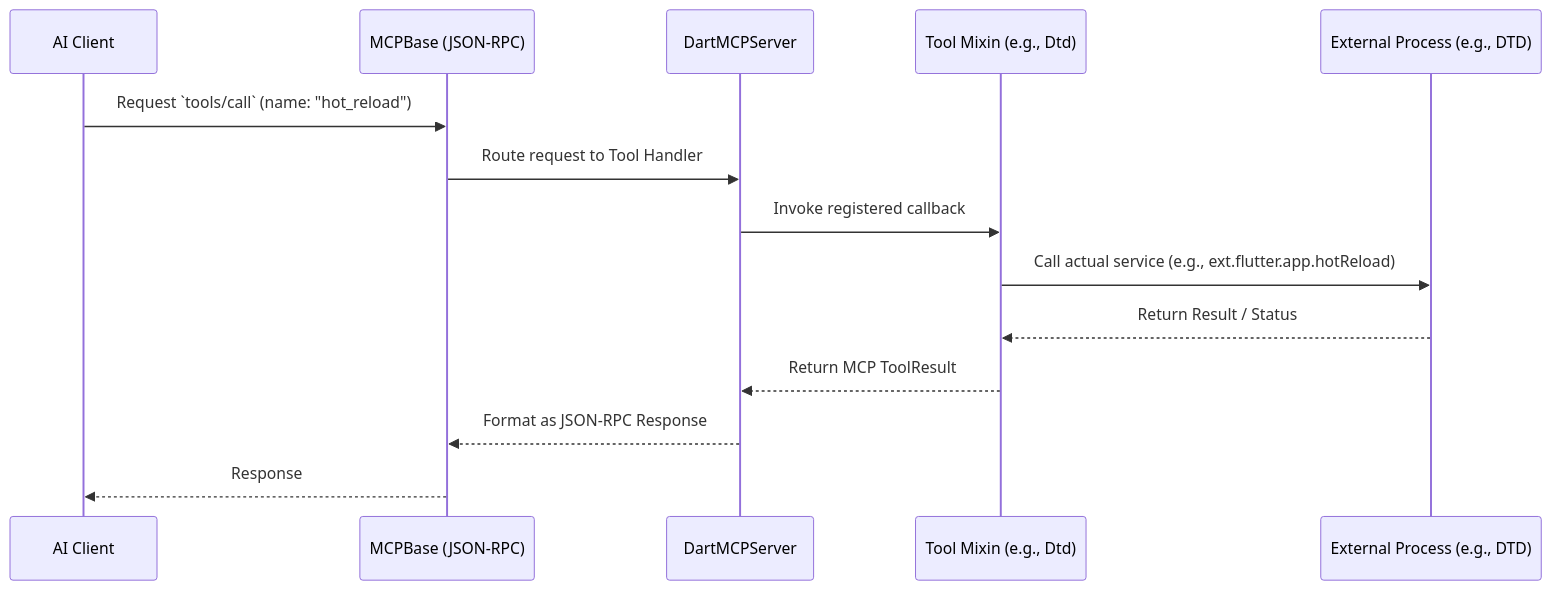
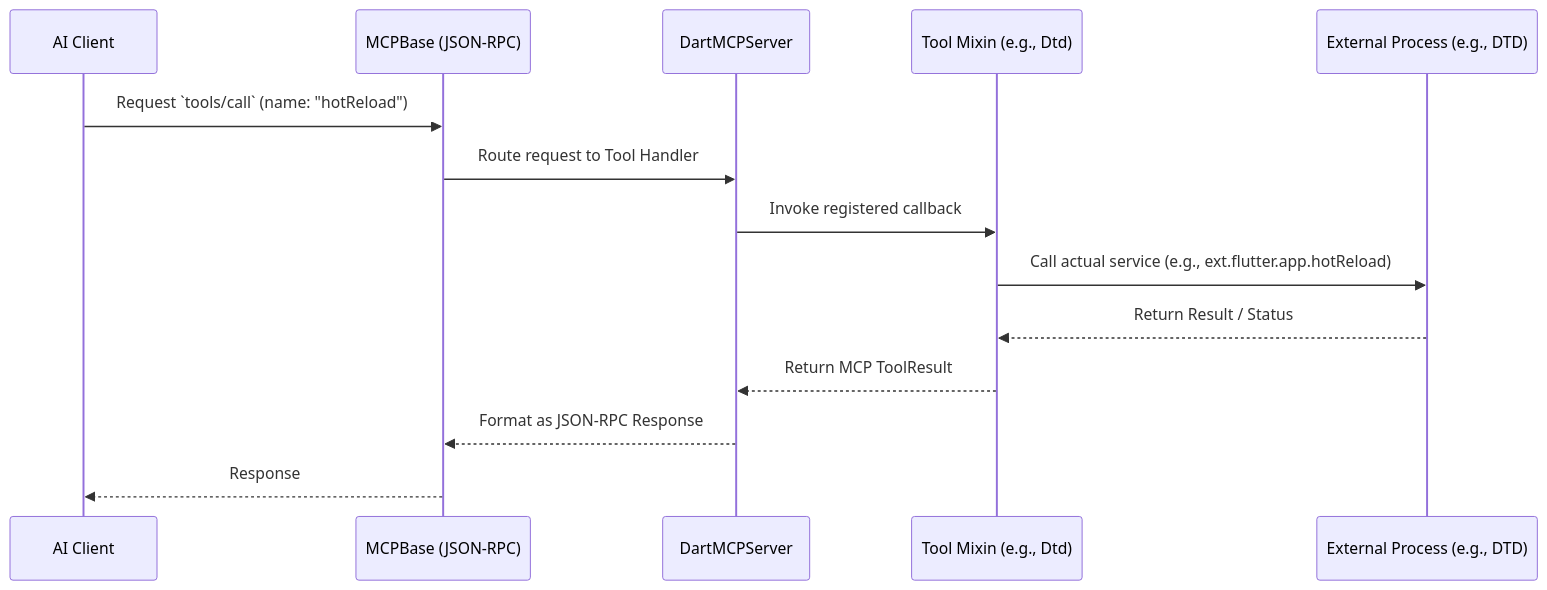
One commit to dart-lang/ai changed the third of 3 diagrams in pkgs/dart_mcp_server/ARCHITECTURE.md. Above: the diagram before and after it, drawn with Mermaid. The commit also changed other lines of this file, not shown here.

````diff
--- a/pkgs/dart_mcp_server/ARCHITECTURE.md
+++ b/pkgs/dart_mcp_server/ARCHITECTURE.md
@@ -187,17 +187,17 @@
 ```mermaid
 sequenceDiagram
     participant AI as AI Client
     participant Base as MCPBase (JSON-RPC)
     participant Server as DartMCPServer
     participant Mixin as Tool Mixin (e.g., Dtd)
     participant Exec as External Process (e.g., DTD)
 
-    AI->>Base: Request `tools/call` (name: "hot_reload")
+    AI->>Base: Request `tools/call` (name: "hotReload")
     Base->>Server: Route request to Tool Handler
     Server->>Mixin: Invoke registered callback
     Mixin->>Exec: Call actual service (e.g., ext.flutter.app.hotReload)
     Exec-->>Mixin: Return Result / Status
     Mixin-->>Server: Return MCP ToolResult
     Server-->>Base: Format as JSON-RPC Response
     Base-->>AI: Response
 ```
````
